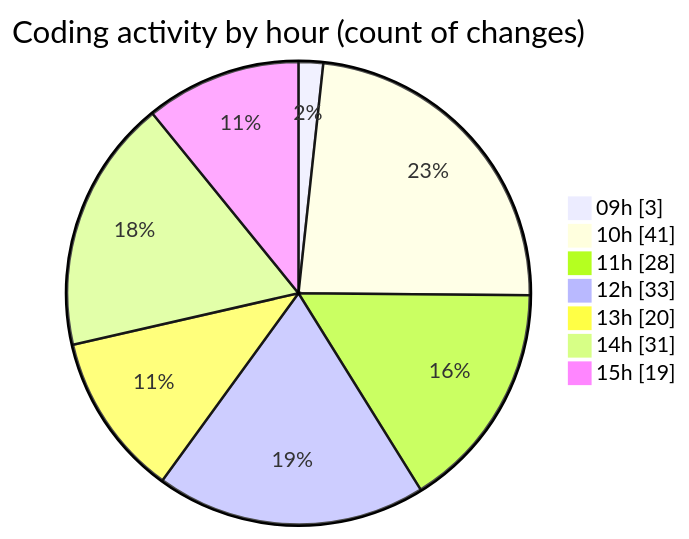
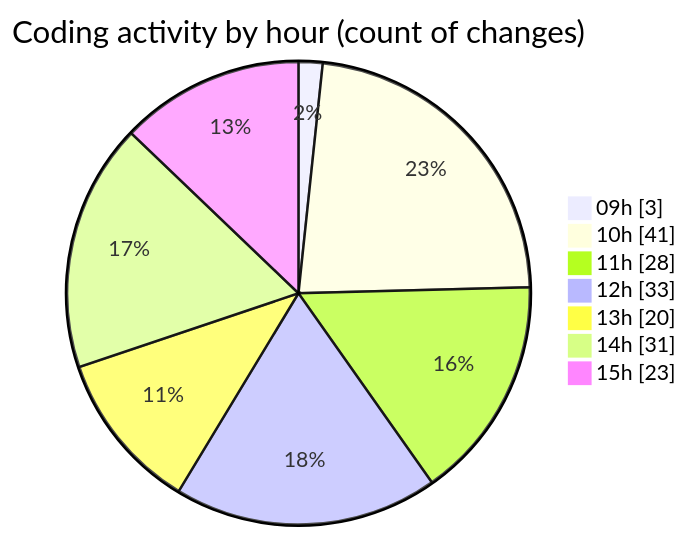
One commit to CELIANVF/code-tracking changed the second of 2 diagrams in 2025-05-19/ecodeli-1/README.md. Above: the diagram before and after it, drawn with Mermaid. The commit also changed other lines of this file and 1 other file, not shown here.

````diff
--- a/2025-05-19/ecodeli-1/README.md
+++ b/2025-05-19/ecodeli-1/README.md
@@ -77,11 +78,11 @@
 ```mermaid
 pie showData
 title Coding activity by hour (count of changes)
 "09h" : 3
 "10h" : 41
 "11h" : 28
 "12h" : 33
 "13h" : 20
 "14h" : 31
-"15h" : 19
+"15h" : 23
 ```
````
